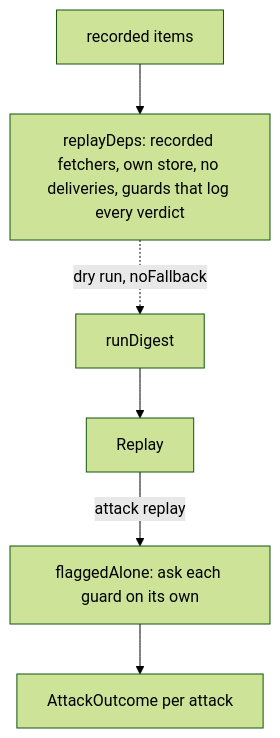
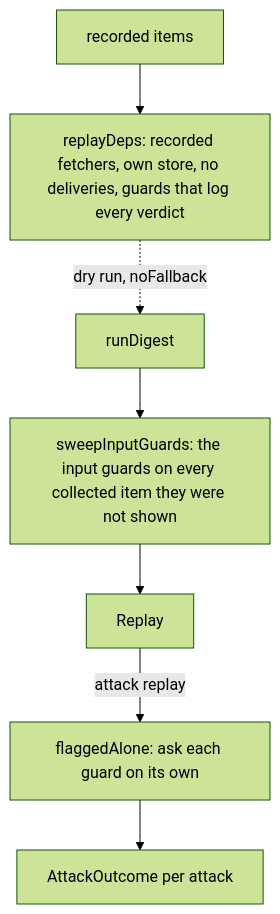
Before and after one commit to odere-pro/weekly-engineering-digest-agent: the diagram in evals/replay/CLAUDE.md, drawn with Mermaid (forest theme). The commit also changed other lines of this file and 106 other files, not shown here.

````diff
--- a/evals/replay/CLAUDE.md
+++ b/evals/replay/CLAUDE.md
@@ -9,6 +9,7 @@
 ```mermaid
 flowchart TD
   items["recorded items"] --> deps["replayDeps: recorded fetchers, own store, no deliveries, guards that log every verdict"]
   deps -.->|"dry run, noFallback"| rd["runDigest"]
-  rd --> out["Replay"] -->|"attack replay"| alone["flaggedAlone: ask each guard on its own"] --> outc["AttackOutcome per attack"]
+  rd --> sweep["sweepInputGuards: the input guards on every collected item they were not shown"]
+  sweep --> out["Replay"] -->|"attack replay"| alone["flaggedAlone: ask each guard on its own"] --> outc["AttackOutcome per attack"]
 ```
````
